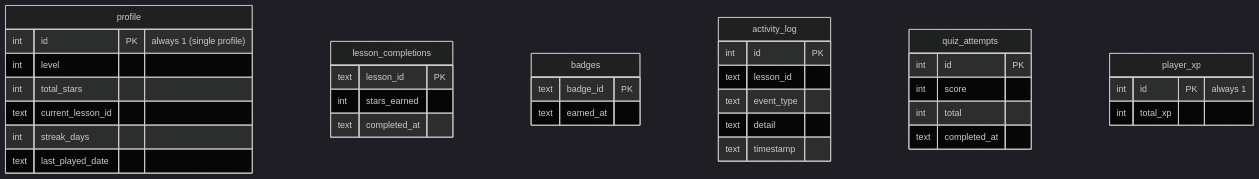
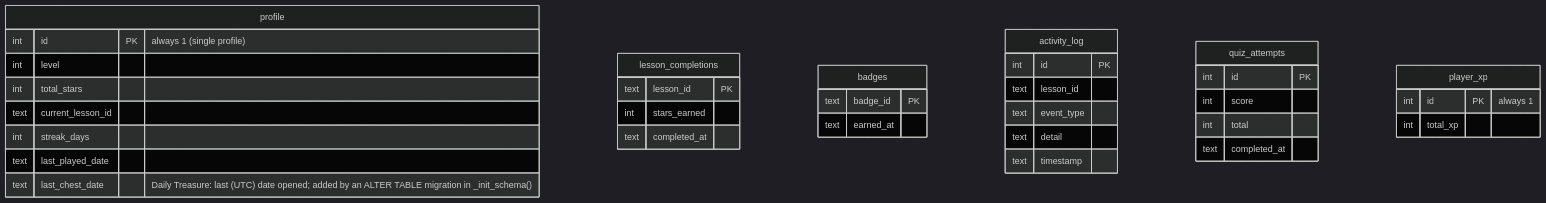
One commit to shreejitpanchal/python-adventure-kids changed the tenth of 10 diagrams in docs/ARCHITECTURE.md. Above: the diagram before and after it, drawn with Mermaid (dark theme). The commit also changed other lines of this file and 39 other files, not shown here.

````diff
--- a/docs/ARCHITECTURE.md
+++ b/docs/ARCHITECTURE.md
@@ -475,37 +486,38 @@
 ```mermaid
 erDiagram
     profile {
         int id PK "always 1 (single profile)"
         int level
         int total_stars
         text current_lesson_id
         int streak_days
         text last_played_date
+        text last_chest_date "Daily Treasure: last (UTC) date opened; added by an ALTER TABLE migration in _init_schema()"
     }
     lesson_completions {
         text lesson_id PK
         int stars_earned
         text completed_at
     }
     badges {
         text badge_id PK
         text earned_at
     }
     activity_log {
         int id PK
         text lesson_id
         text event_type
         text detail
         text timestamp
     }
     quiz_attempts {
         int id PK
         int score
         int total
         text completed_at
     }
     player_xp {
         int id PK "always 1"
         int total_xp
     }
 ```
````
